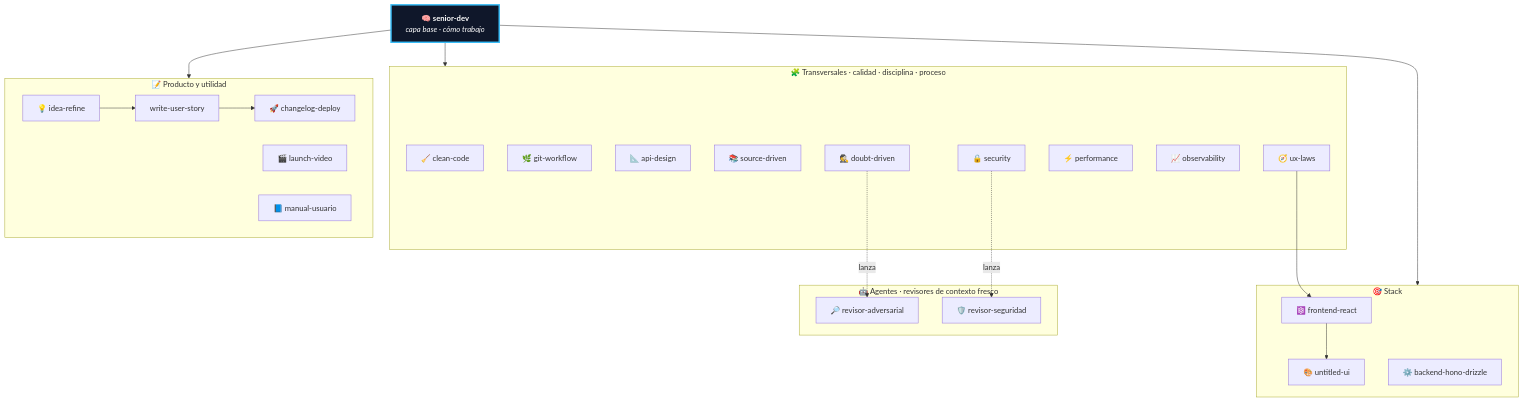
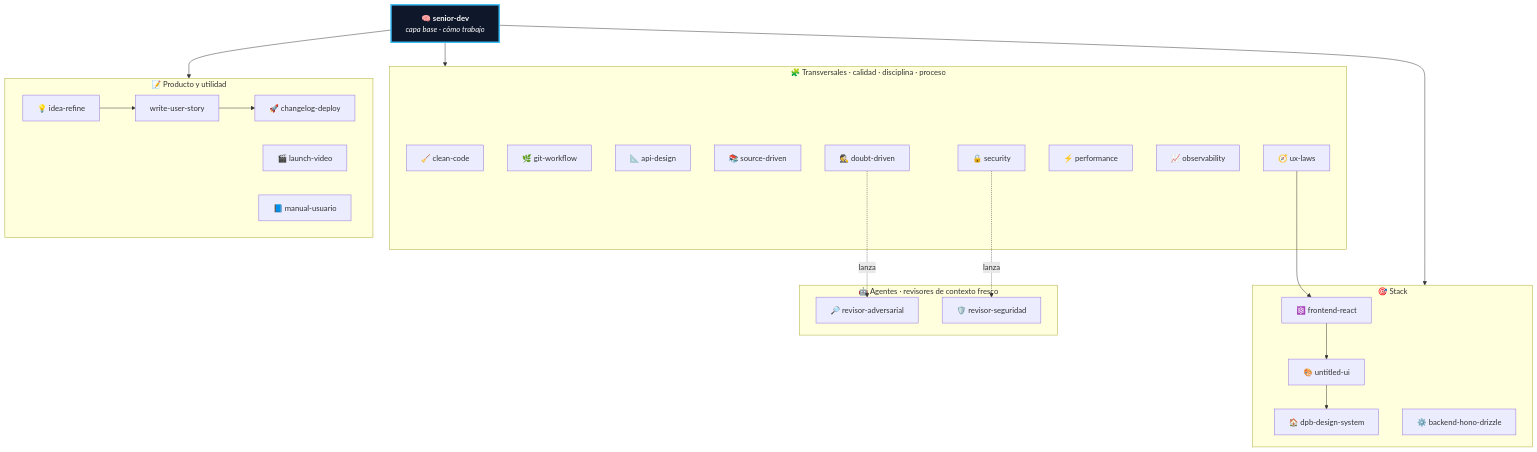
The diagram in README.md (ErickEcheverria/eecheverria-skills), drawn with Mermaid before and after one commit. The commit also changed other lines of this file, not shown here.

Commit message:
docs(readme): documenta dpb-design-system

````diff
--- a/README.md
+++ b/README.md
@@ -22,47 +22,49 @@
 ```mermaid
 flowchart TD
     SD["🧠 <b>senior-dev</b><br/><i>capa base · cómo trabajo</i>"]:::base
 
     subgraph T["🧩 Transversales · calidad · disciplina · proceso"]
         CC["🧹 clean-code"]
         GW["🌿 git-workflow"]
         AD["📐 api-design"]
         SR["📚 source-driven"]
         DD["🕵️ doubt-driven"]
         SEC["🔒 security"]
         PERF["⚡ performance"]
         OBS["📈 observability"]
         UXL["🧭 ux-laws"]
     end
 
     subgraph S["🎯 Stack"]
         RE["⚛️ frontend-react"]
         UUI["🎨 untitled-ui"]
+        DPB["🏠 dpb-design-system"]
         HN["⚙️ backend-hono-drizzle"]
         RE --> UUI
+        UUI --> DPB
     end
 
     subgraph U["📝 Producto y utilidad"]
         IR["💡 idea-refine"]
         US["write-user-story"]
         CD["🚀 changelog-deploy"]
         LV["🎬 launch-video"]
         MU["📘 manual-usuario"]
         IR --> US
         US --> CD
     end
 
     subgraph A["🤖 Agentes · revisores de contexto fresco"]
         RA["🔎 revisor-adversarial"]
         RS["🛡️ revisor-seguridad"]
     end
 
     SD --> T
     SD --> S
     SD --> U
     UXL --> RE
     DD -. lanza .-> RA
     SEC -. lanza .-> RS
 
     classDef base fill:#0f172a,stroke:#38bdf8,stroke-width:3px,color:#fff;
 ```
````
